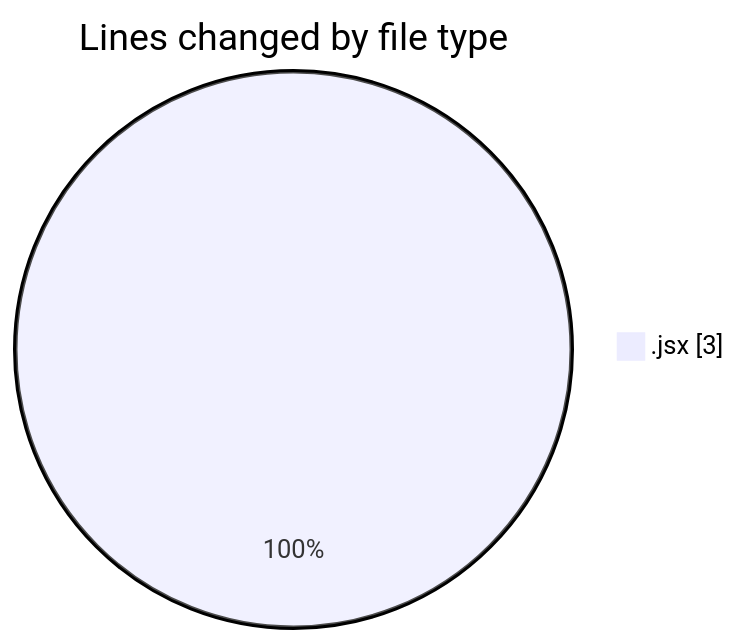
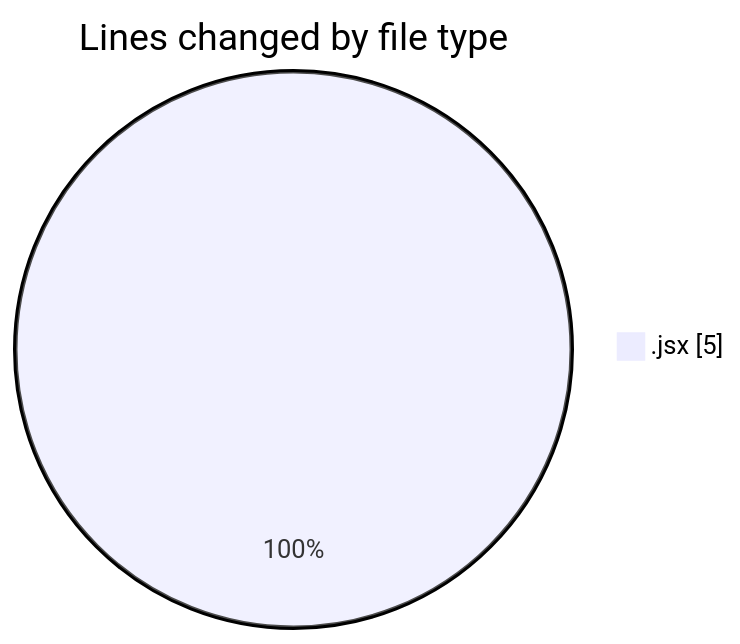
One commit to nxtqubesakshisongat/code-tracking changed the first of 2 diagrams in 2025-06-26/nxtqube_webapp/README.md. Above: the diagram before and after it, drawn with Mermaid. The commit also changed other lines of this file and 1 other file, not shown here.

````diff
--- a/2025-06-26/nxtqube_webapp/README.md
+++ b/2025-06-26/nxtqube_webapp/README.md
@@ -20,5 +20,5 @@
 ```mermaid
 pie showData
 title Lines changed by file type
-".jsx" : 3
+".jsx" : 5
 ```
````
